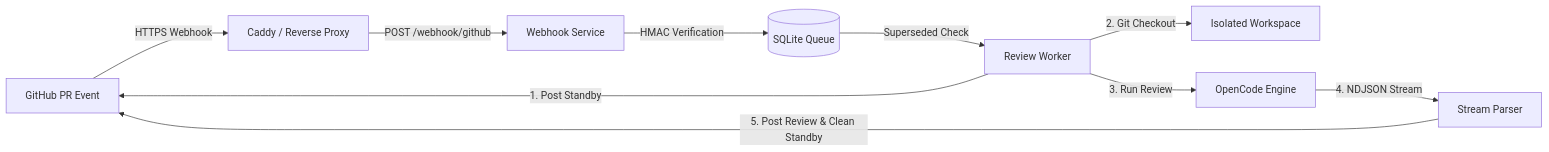
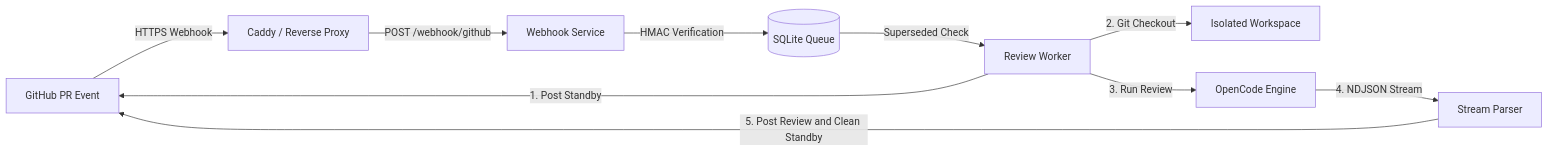
Before and after one commit to ardiannurcahya/opencode-pr-review: the diagram in README.md, drawn with Mermaid. The commit also changed other lines of this file and 4 other files, not shown here.

````diff
--- a/README.md
+++ b/README.md
@@ -59,12 +59,12 @@
 ```mermaid
 flowchart LR
     GH[GitHub PR Event] -->|HTTPS Webhook| Caddy[Caddy / Reverse Proxy]
     Caddy -->|POST /webhook/github| App[Webhook Service]
     App -->|HMAC Verification| Queue[(SQLite Queue)]
     Queue -->|Superseded Check| Worker[Review Worker]
     Worker -->|1. Post Standby| GH
     Worker -->|2. Git Checkout| Workspace[Isolated Workspace]
     Worker -->|3. Run Review| Engine[OpenCode Engine]
     Engine -->|4. NDJSON Stream| Parser[Stream Parser]
-    Parser -->|5. Post Review & Clean Standby| GH
+    Parser -->|5. Post Review and Clean Standby| GH
 ```
````
